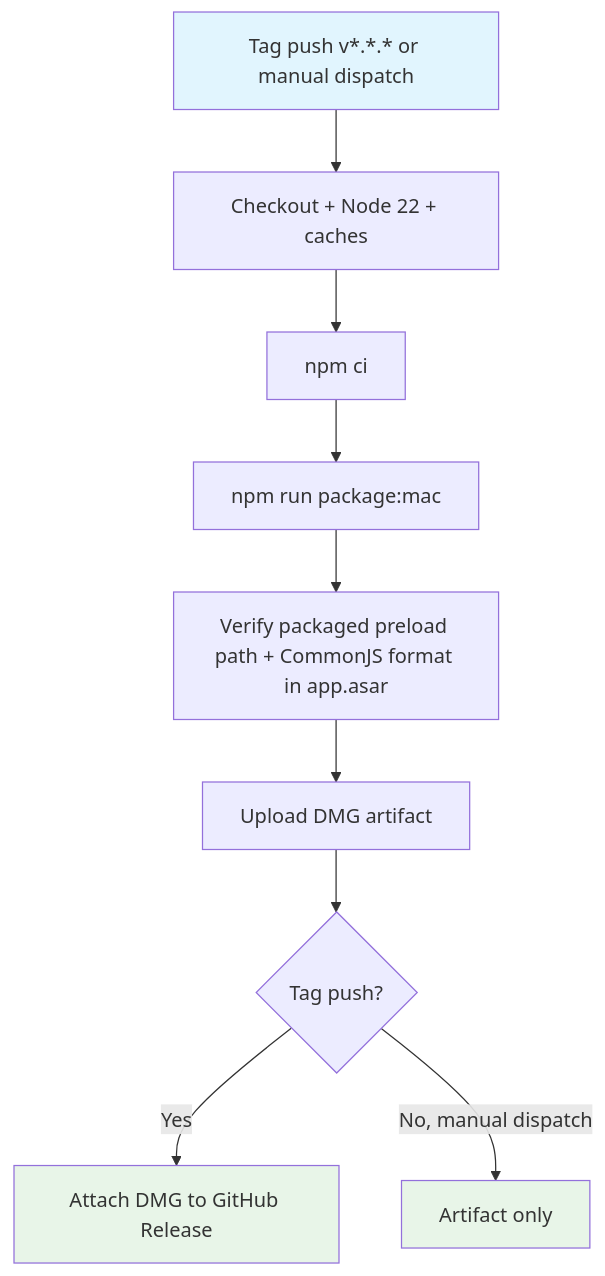
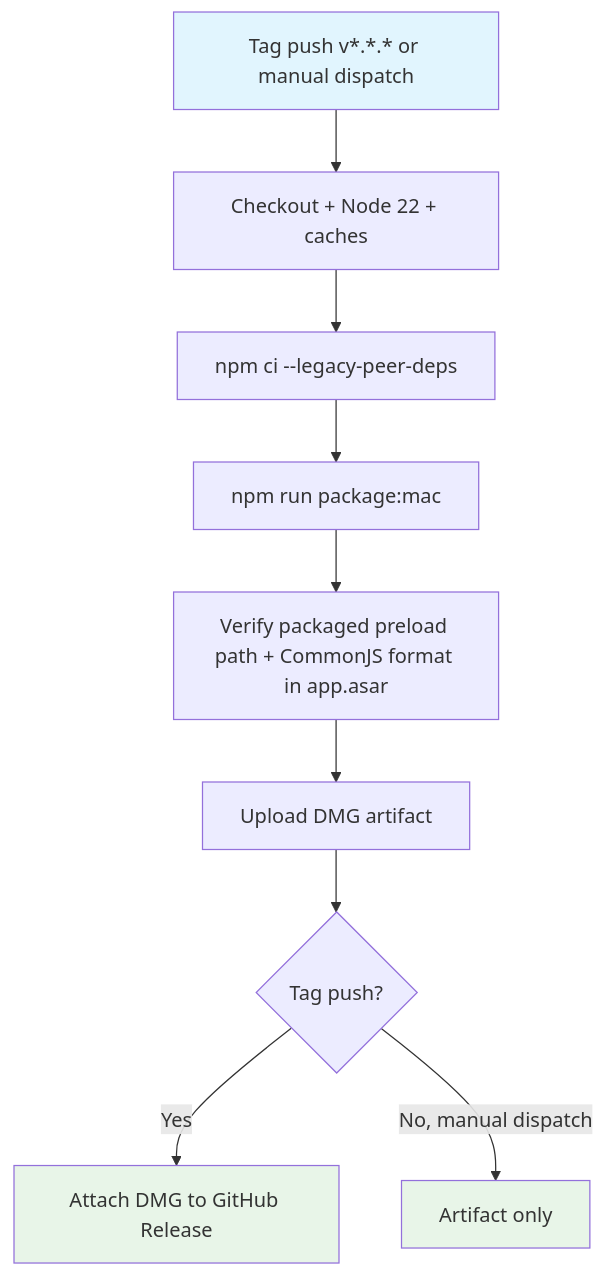
Before and after one commit to Athen2045/AniStream: the diagram in spec/spec-process-cicd-package-mac.md, drawn with Mermaid. The commit also changed other lines of this file and 6 other files, not shown here.

Commit message:
feat: update CI/CD workflows to include linting, formatting checks, and unit tests; switch to npm ci --legacy-peer-deps for dependency installation

````diff
--- a/spec/spec-process-cicd-package-mac.md
+++ b/spec/spec-process-cicd-package-mac.md
@@ -18,15 +18,15 @@
 ```mermaid
 graph TD
     A[Tag push v*.*.* or manual dispatch] --> B[Checkout + Node 22 + caches]
-    B --> C[npm ci]
+    B --> C["npm ci --legacy-peer-deps"]
     C --> D[npm run package:mac]
     D --> E[Verify packaged preload path + CommonJS format in app.asar]
     E --> F[Upload DMG artifact]
     F --> G{Tag push?}
     G -->|Yes| H[Attach DMG to GitHub Release]
     G -->|No, manual dispatch| I[Artifact only]
 
     style A fill:#e1f5fe
     style H fill:#e8f5e8
     style I fill:#e8f5e8
 ```
````
